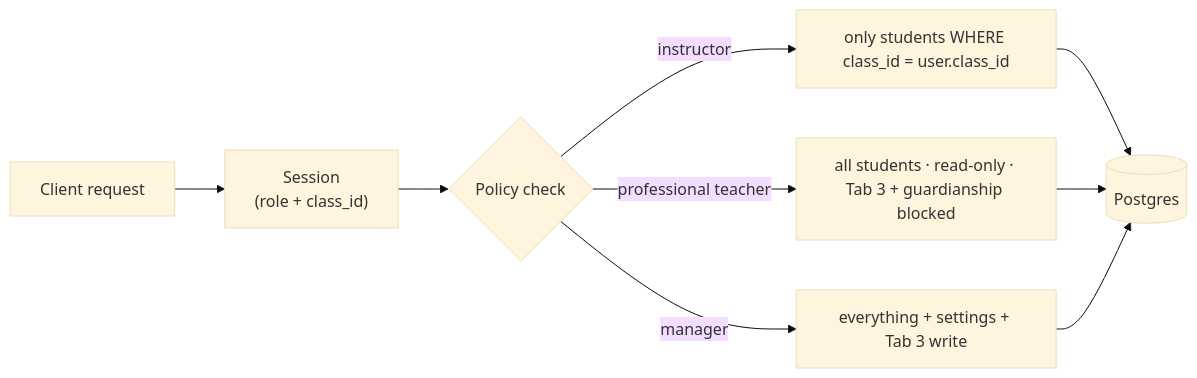
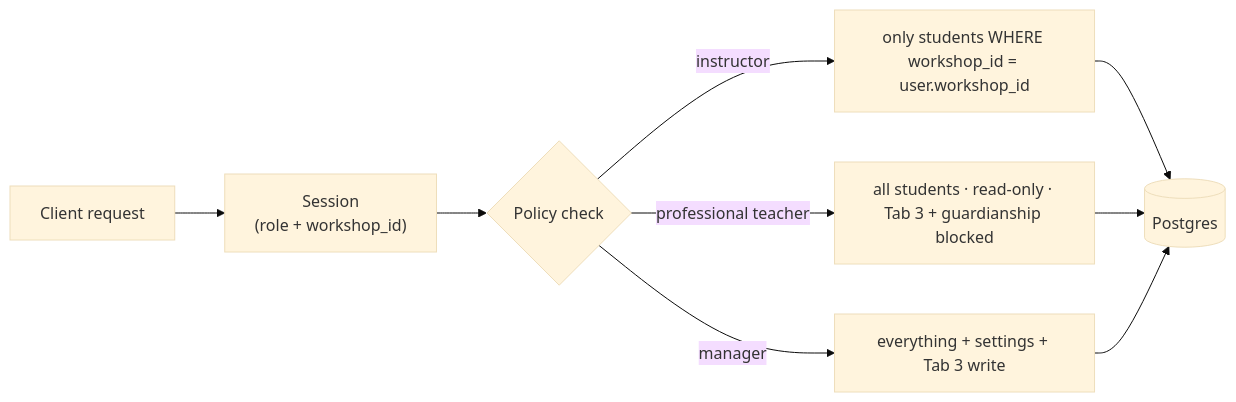
The sixth of 7 diagrams in ARCHITECTURE.md (YossiCharash/aleisiach-student-care), drawn with Mermaid (base theme) before and after one commit. The commit also changed other lines of this file and 111 other files, not shown here.

````diff
--- a/ARCHITECTURE.md
+++ b/ARCHITECTURE.md
@@ -365,9 +365,9 @@
 ```mermaid
 flowchart LR
-    R["Client request"] --> S["Session\n(role + class_id)"]
+    R["Client request"] --> S["Session\n(role + workshop_id)"]
     S --> P{"Policy check"}
-    P -->|instructor| C1["only students WHERE class_id = user.class_id"]
+    P -->|instructor| C1["only students WHERE workshop_id = user.workshop_id"]
     P -->|professional teacher| C2["all students · read-only · Tab 3 + guardianship blocked"]
     P -->|manager| C3["everything + settings + Tab 3 write"]
     C1 & C2 & C3 --> DB[("Postgres")]
 ```
````
